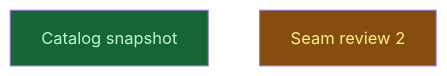
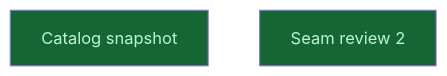
The diagram in __roadmap__/integrity/causes/checkpoint/snapshot/README.md (CrackingShells/Candler), drawn with Mermaid before and after one commit. The commit also changed other lines of this file and 9 other files, not shown here.

````diff
--- a/__roadmap__/integrity/causes/checkpoint/snapshot/README.md
+++ b/__roadmap__/integrity/causes/checkpoint/snapshot/README.md
@@ -17,10 +17,10 @@
 ```mermaid
 graph TD
     catalog_snapshot[Catalog snapshot]:::done
-    review[Seam review 2]:::inprogress
+    review[Seam review 2]:::done
     classDef done       fill:#166534,color:#bbf7d0
     classDef inprogress fill:#854d0e,color:#fef08a
     classDef planned    fill:#374151,color:#e5e7eb
     classDef amendment  fill:#1e3a5f,color:#bfdbfe
     classDef blocked    fill:#7f1d1d,color:#fecaca
 ```
````
